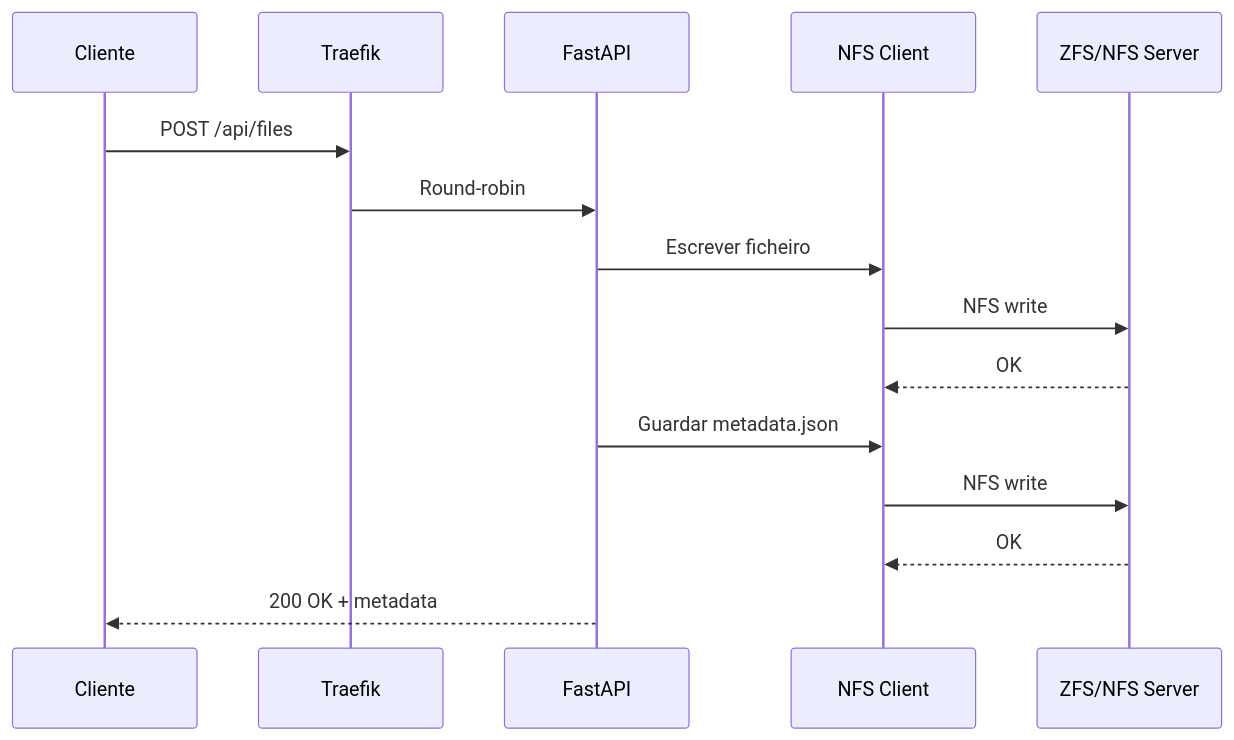
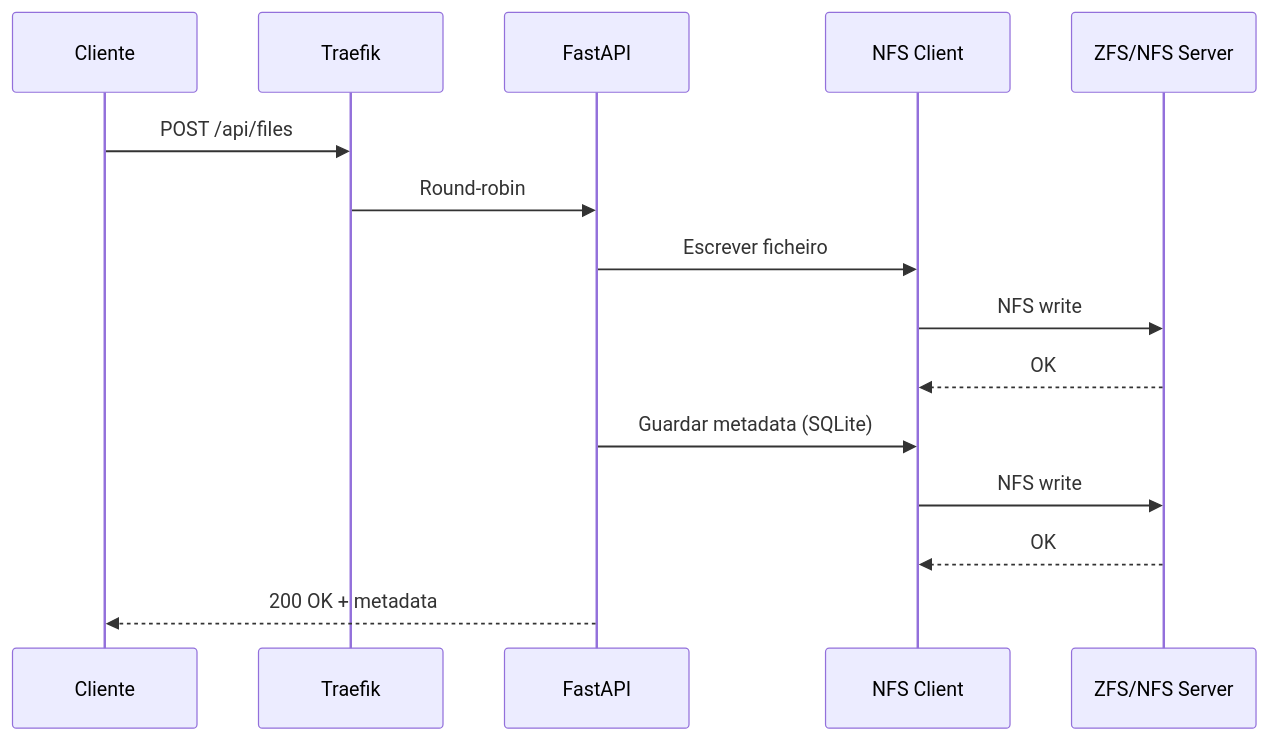
The second of 3 diagrams in docs/3_Arquitectura_Tecnica.md (Eduardomfdias/um-drive), drawn with Mermaid before and after one commit. The commit also changed other lines of this file and 3 other files, not shown here.

````diff
--- a/docs/3_Arquitectura_Tecnica.md
+++ b/docs/3_Arquitectura_Tecnica.md
@@ -190,18 +191,18 @@
 ```mermaid
 sequenceDiagram
     participant C as Cliente
     participant T as Traefik
     participant A as FastAPI
     participant N as NFS Client
     participant Z as ZFS/NFS Server
     
     C->>T: POST /api/files
     T->>A: Round-robin
     A->>N: Escrever ficheiro
     N->>Z: NFS write
     Z-->>N: OK
-    A->>N: Guardar metadata.json
+    A->>N: Guardar metadata (SQLite)
     N->>Z: NFS write
     Z-->>N: OK
     A-->>C: 200 OK + metadata
 ```
````
